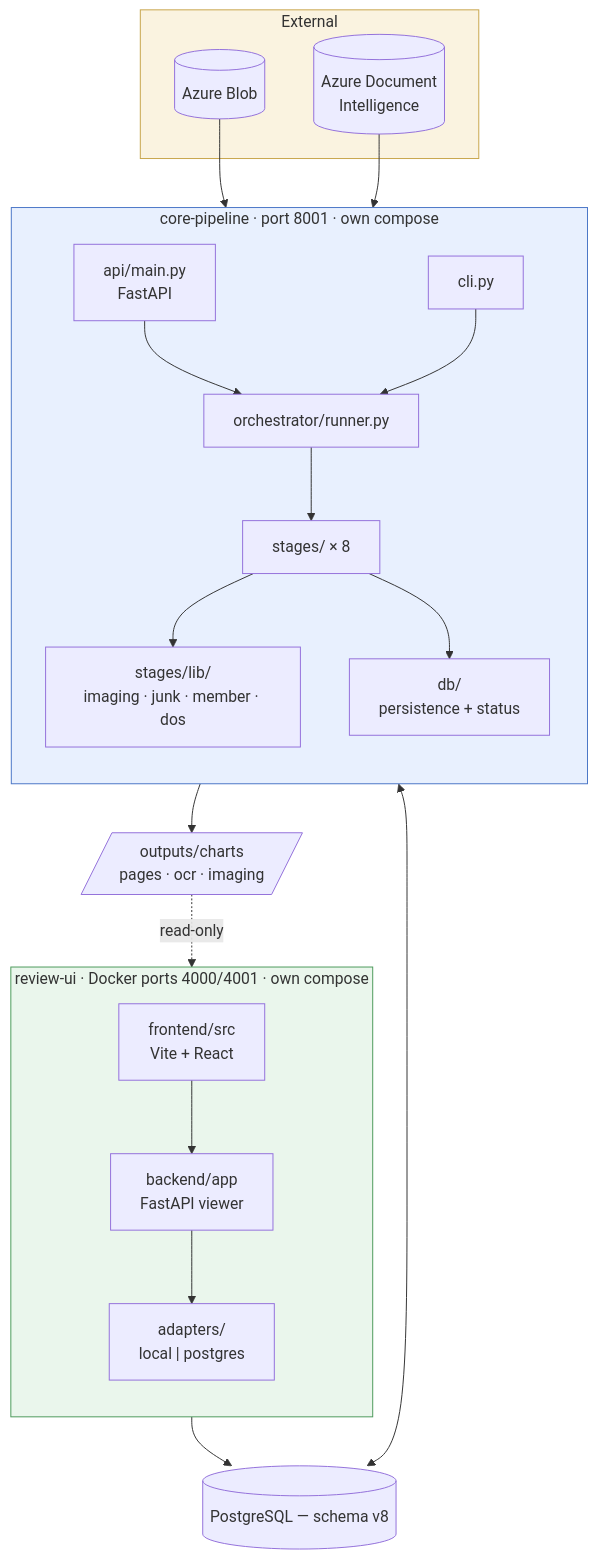
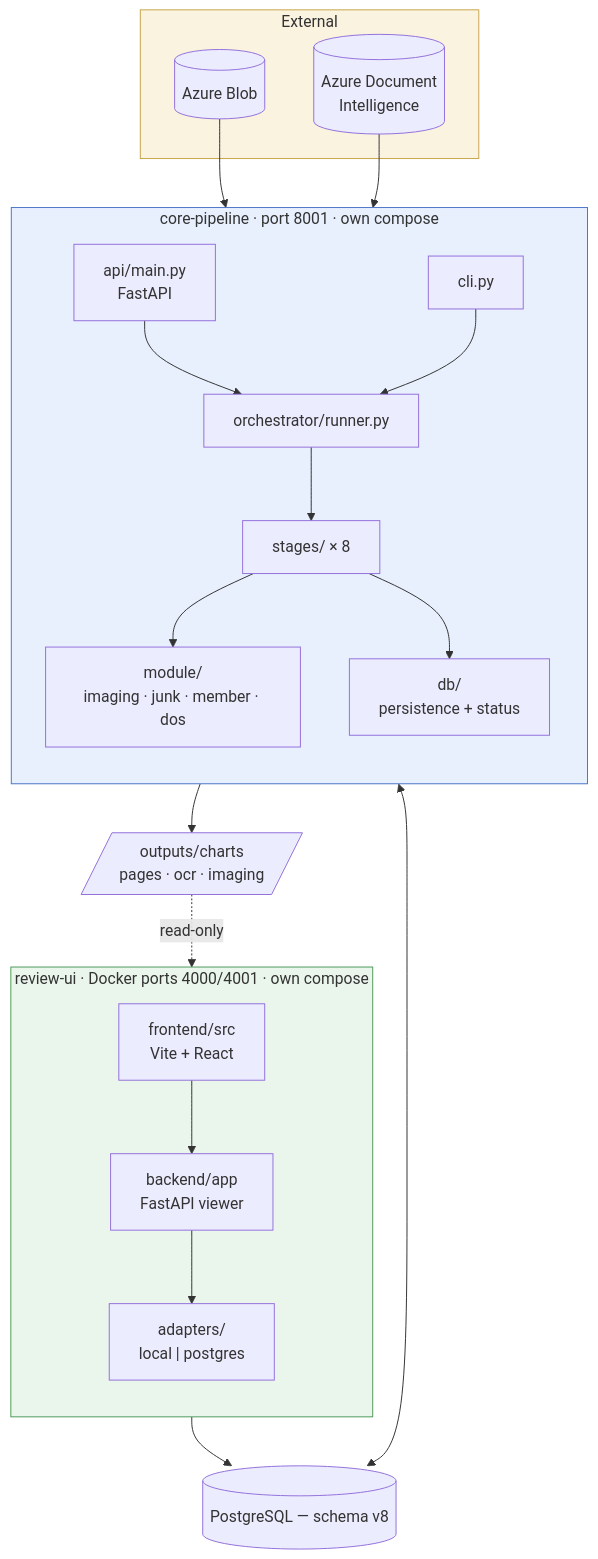
Before and after one commit to abhinavdg-ever/model-repo: the first of 2 diagrams in docs/ARCHITECTURE.md, drawn with Mermaid. The commit also changed other lines of this file and 396 other files, not shown here.

First line of the commit message:
Refactor step 1: core-pipeline/stages/lib -> core-pipeline/module (no logic change)

````diff
--- a/docs/ARCHITECTURE.md
+++ b/docs/ARCHITECTURE.md
@@ -27,43 +27,43 @@
 ```mermaid
 flowchart TB
   subgraph EXT["External"]
     BLOB[("Azure Blob")]
     ADI[("Azure Document<br/>Intelligence")]
   end
 
   subgraph CP["core-pipeline · port 8001 · own compose"]
     direction TB
     API["api/main.py<br/>FastAPI"]
     CLI["cli.py"]
     ORCH["orchestrator/runner.py"]
     ST["stages/ × 8"]
-    LIB["stages/lib/<br/>imaging · junk · member · dos"]
+    LIB["module/<br/>imaging · junk · member · dos"]
     DB["db/<br/>persistence + status"]
     API --> ORCH
     CLI --> ORCH
     ORCH --> ST --> LIB
     ST --> DB
   end
 
   subgraph RU["review-ui · Docker ports 4000/4001 · own compose"]
     direction TB
     RAPI["backend/app<br/>FastAPI viewer"]
     ADPT["adapters/<br/>local | postgres"]
     FE["frontend/src<br/>Vite + React"]
     FE --> RAPI --> ADPT
   end
 
   PG[("PostgreSQL — schema v8")]
   VOL[/"outputs/charts<br/>pages · ocr · imaging"/]
 
   BLOB --> ST
   ADI --> ST
   DB <--> PG
   ST --> VOL
   ADPT --> PG
   VOL -. "read-only" .-> ADPT
 
   style CP fill:#e8f0fe,stroke:#4a76c7
   style RU fill:#eaf6ec,stroke:#4c9a5b
   style EXT fill:#faf3e0,stroke:#c7a54a
 ```
````
